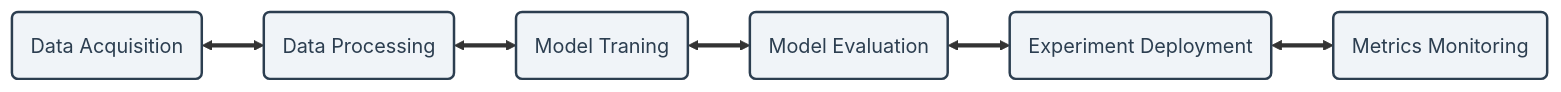
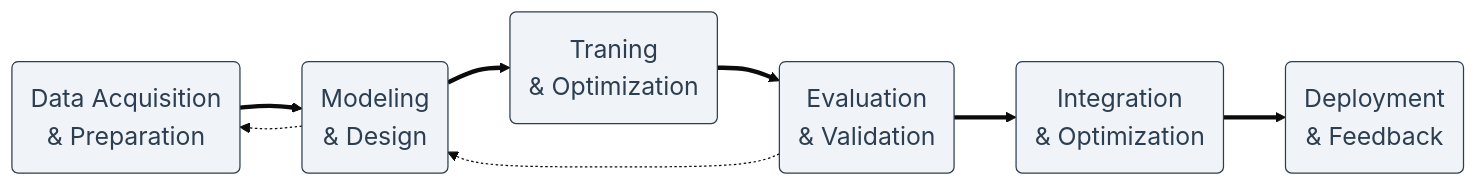
Before and after one commit to vinnylg/leafletslm: the diagram in docs/index.md, drawn with Mermaid. The commit also changed other lines of this file and 3 other files, not shown here.

Commit message:
Improvement of phases on the roadmap and homepage began. Some diagrams were so small, others so big, I tried to change them with CSS but they are very rigid

````diff
--- a/docs/index.md
+++ b/docs/index.md
@@ -29,23 +29,28 @@
 ```mermaid
+
+%%{init: {'theme': 'base', 'themeVariables': { 'fontSize': '20px', 'fontFamily': 'arial' }}}%%
+
 flowchart LR
 
-    classDef phase fill:#f0f4f8,stroke:#2c3e50,stroke-width:2px,color:#2c3e50;
+    classDef phase fill:#f0f4f8,stroke:#2c3e50,stroke-width:1px,color:#2c3e50, text-decoration: none;
 
-    P1(Data Acquisition):::phase
-    P2(Data Processing):::phase
-    P3(Model Traning):::phase
-    P4(Model Evaluation):::phase
-    P5(Experiment Deployment):::phase
-    P6(Metrics Monitoring):::phase
+    P1(Data Acquisition</br>& Preparation):::phase
+    P2(Modeling</br>& Design):::phase
+    P3(Traning</br>& Optimization):::phase
+    P4(Evaluation</br>& Validation):::phase
+    P5(Integration</br>& Optimization):::phase
+    P6(Deployment</br>& Feedback):::phase
 
-    P1 <==> P2 <==> P3 <==> P4 <==> P5 <==> P6
+    P1 ==> P2 ==> P3 ==> P4 ==> P5 ==> P6
+    P2 -.-> P1
+    P4 -.-> P2
 
-    click P1 "architecture/roadmap/#data-acquisition-and-preparation-etl" "Go to Phase 1: Acquisition"
-    click P2 "architecture/roadmap/#modeling-and-system-design" "Go to Phase 2: Modeling"
-    click P3 "architecture/roadmap/#training-and-optimization" "Go to Phase 3: Training"
-    click P4 "architecture/roadmap/#evaluation-and-validation" "Go to Phase 4: Evaluation"
-    click P5 "architecture/roadmap/#deployment" "Go to Phase 5: Deployment"
-    click P6 "architecture/roadmap/#monitoring-and-continuous-improvement" "Go to Phase 6: Monitoring"
+    click P1 "architecture/roadmap/#1-data-acquisition-and-preparation" "Go to Phase 1: Data Acquisition and Preparation"
+    click P2 "architecture/roadmap/#2-modeling-and-system-design" "Go to Phase 2: Modeling and System Design"
+    click P3 "architecture/roadmap/#3-training-and-optimization" "Go to Phase 3: Training and Optimization"
+    click P4 "architecture/roadmap/#4-evaluation-and-validation" "Go to Phase 4: Evaluation and Validation"
+    click P5 "architecture/roadmap/#5-integration-and-optimization" "Go to Phase 5: Integration and Optimization"
+    click P6 "architecture/roadmap/#6-deployment-and-feedback" "Go to Phase 6: Monitoring"
 
 
 ```
````
